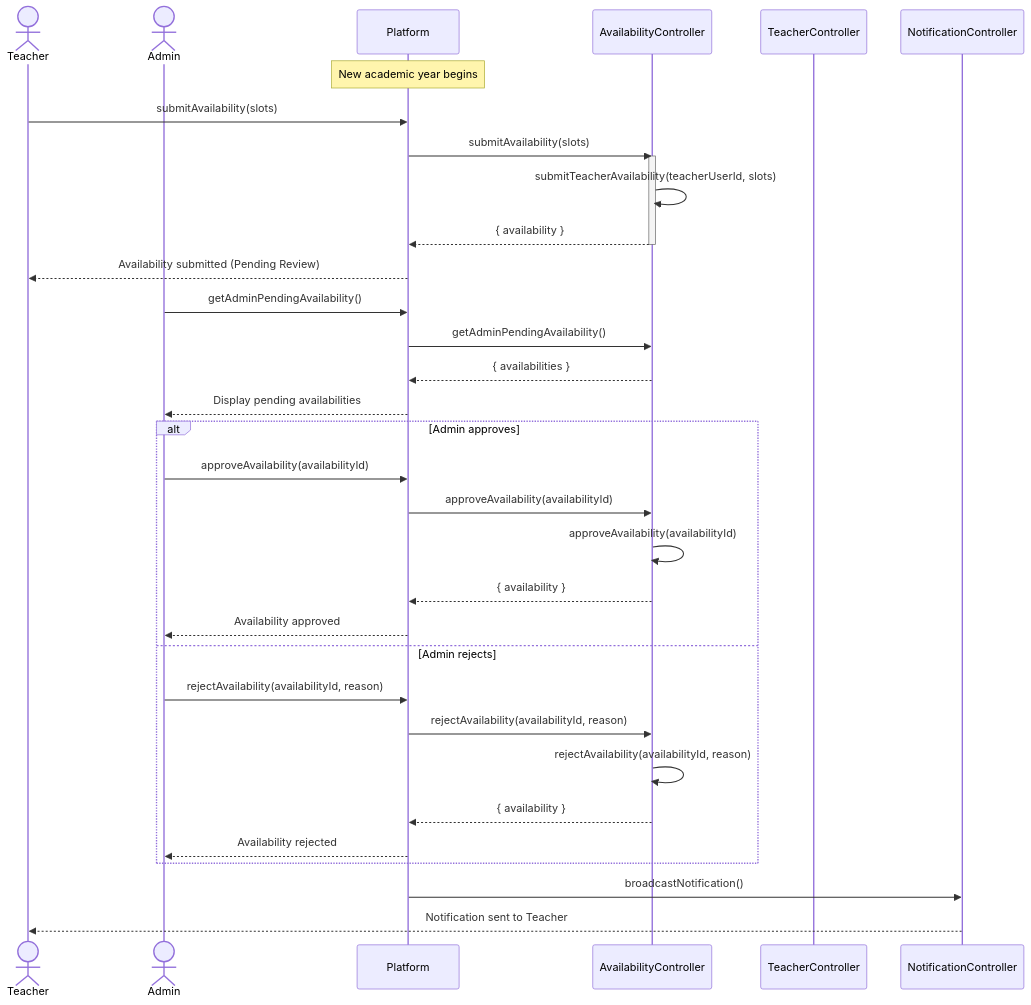
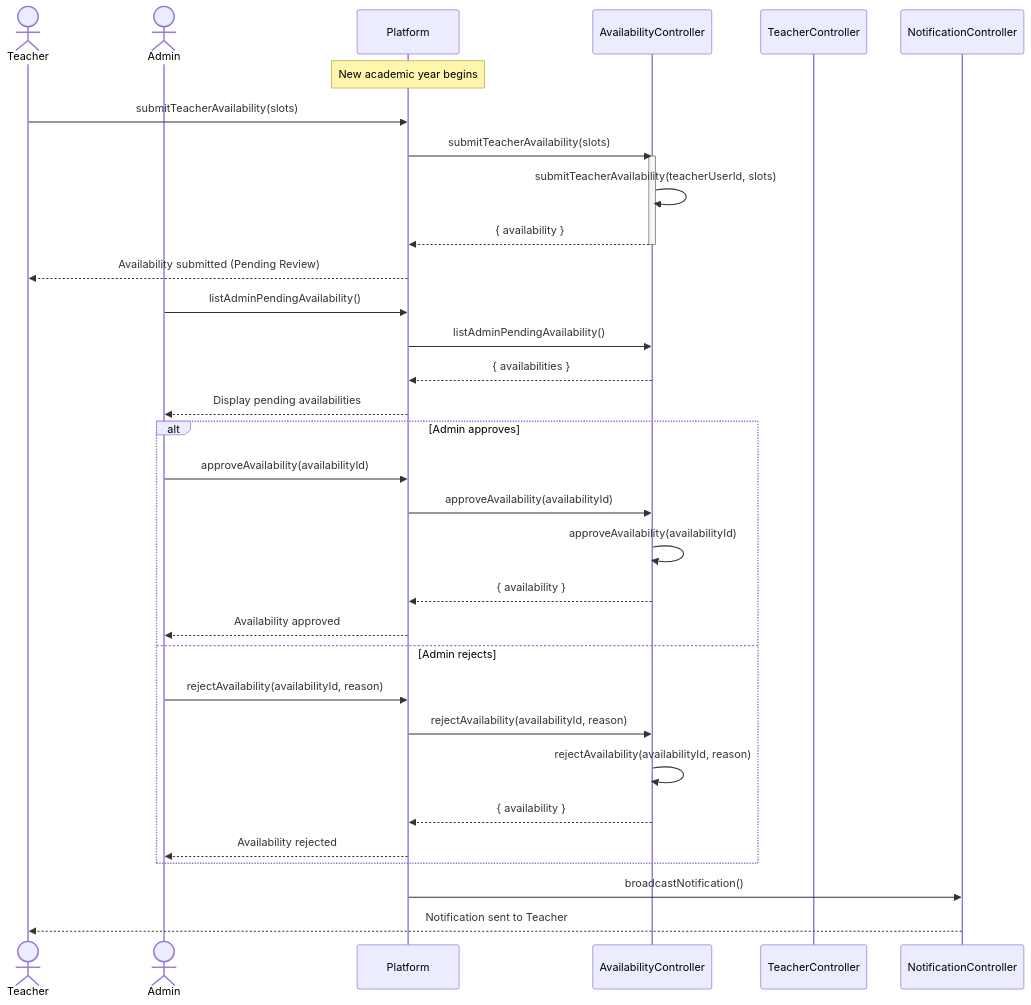
One commit to NovaLogic-Systems/gestArtes-docs changed the seventh of 20 diagrams in diagrams/Sequence Diagram/sequencediagram.md. Above: the diagram before and after it, drawn with Mermaid. The commit also changed other lines of this file and 21 other files, not shown here.

First line of the commit message:
feat(diagrams): update class diagram and sequence diagram with new methods and entities

````diff
--- a/diagrams/Sequence Diagram/sequencediagram.md
+++ b/diagrams/Sequence Diagram/sequencediagram.md
@@ -202,40 +202,40 @@
 ```mermaid
 sequenceDiagram
     actor Teacher
     actor Admin
     participant Platform as Platform
     participant AvailabilityController as AvailabilityController
     participant TeacherController as TeacherController
     participant NotificationController as NotificationController
 
     Note over Platform: New academic year begins
-    Teacher->>Platform: submitAvailability(slots)
-    Platform->>AvailabilityController: submitAvailability(slots)
+    Teacher->>Platform: submitTeacherAvailability(slots)
+    Platform->>AvailabilityController: submitTeacherAvailability(slots)
     activate AvailabilityController
     AvailabilityController->>AvailabilityController: submitTeacherAvailability(teacherUserId, slots)
     AvailabilityController-->>Platform: { availability }
     deactivate AvailabilityController
     Platform-->>Teacher: Availability submitted (Pending Review)
 
-    Admin->>Platform: getAdminPendingAvailability()
-    Platform->>AvailabilityController: getAdminPendingAvailability()
+    Admin->>Platform: listAdminPendingAvailability()
+    Platform->>AvailabilityController: listAdminPendingAvailability()
     AvailabilityController-->>Platform: { availabilities }
     Platform-->>Admin: Display pending availabilities
 
     alt Admin approves
         Admin->>Platform: approveAvailability(availabilityId)
         Platform->>AvailabilityController: approveAvailability(availabilityId)
         AvailabilityController->>AvailabilityController: approveAvailability(availabilityId)
         AvailabilityController-->>Platform: { availability }
         Platform-->>Admin: Availability approved
     else Admin rejects
         Admin->>Platform: rejectAvailability(availabilityId, reason)
         Platform->>AvailabilityController: rejectAvailability(availabilityId, reason)
         AvailabilityController->>AvailabilityController: rejectAvailability(availabilityId, reason)
         AvailabilityController-->>Platform: { availability }
         Platform-->>Admin: Availability rejected
     end
 
     Platform->>NotificationController: broadcastNotification()
     NotificationController-->>Teacher: Notification sent to Teacher
 ```
````
